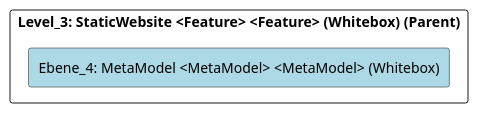
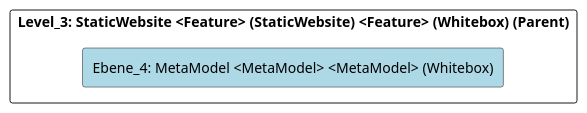
One commit to marcozwyssig/cleon changed the diagram in doc/cleonproject_deliverables_architecture_model_architecture/adoc/de/05_bausteinsicht/cleon/publishing/staticwebsite/metamodel/ebene_4_metamodel.adoc. Above: the diagram before and after it, drawn with PlantUML. The commit also changed other lines of this file and 166 other files, not shown here.

```diff
--- a/doc/cleonproject_deliverables_architecture_model_architecture/adoc/de/05_bausteinsicht/cleon/publishing/staticwebsite/metamodel/ebene_4_metamodel.adoc
+++ b/doc/cleonproject_deliverables_architecture_model_architecture/adoc/de/05_bausteinsicht/cleon/publishing/staticwebsite/metamodel/ebene_4_metamodel.adoc
@@ -24,24 +24,24 @@
 [plantuml, Ebene_4: MetaModel <MetaModel> <MetaModel> (Whitebox)BlockOverview, format="svg"]
 ----
 @startuml Ebene_4: MetaModel <MetaModel> <MetaModel> (Whitebox)BuildingBlockOverview
 
 skinparam ranksep 10
 skinparam componentStyle rectangle
 skinparam shadowing false
 skinparam arrowColor lightblue
 skinparam arrowThickness 1.2
 skinparam rectangle {
   BackgroundColor White
   BorderColor #333
   RoundCorner 10
 }
 top to bottom direction
 
-component "Level_3: StaticWebsite <Feature> <Feature> (Whitebox) (Parent)" {
+component "Level_3: StaticWebsite <Feature> (StaticWebsite) <Feature> (Whitebox) (Parent)" {
     component "Ebene_4: MetaModel <MetaModel> <MetaModel> (Whitebox)" #lightblue {
     }
 
 }
 
 @enduml
 ----
```
